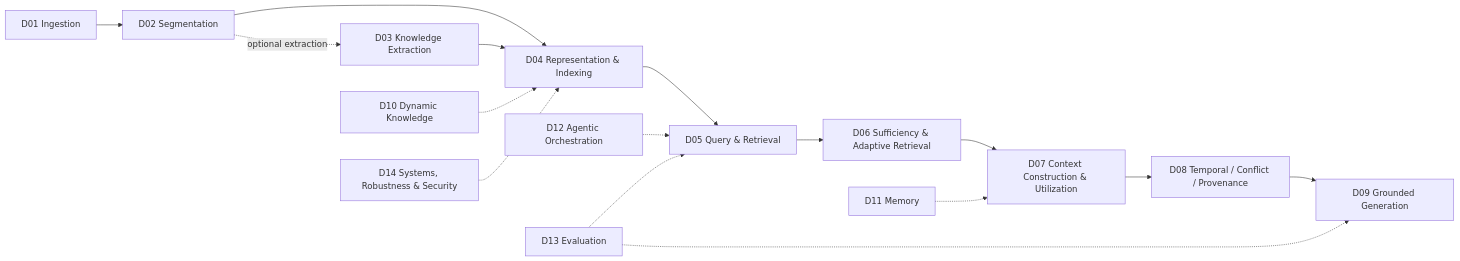
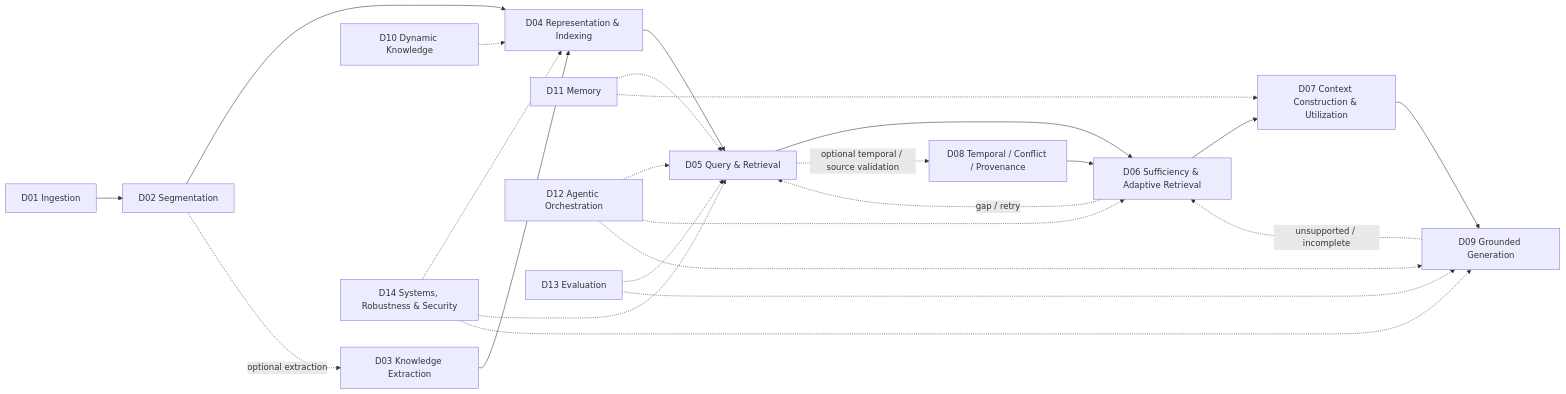
Before and after one commit to Cycl0n3-ga/RAG-survey: the diagram in README.md, drawn with Mermaid.

Commit message:
docs(taxonomy): align README flow with canonical optional paths

````diff
--- a/README.md
+++ b/README.md
@@ -20,19 +20,29 @@
 ```mermaid
 flowchart LR
     D01["D01 Ingestion"] --> D02["D02 Segmentation"]
     D02 --> D04["D04 Representation & Indexing"]
     D02 -. "optional extraction" .-> D03["D03 Knowledge Extraction"]
     D03 --> D04
+
     D04 --> D05["D05 Query & Retrieval"]
     D05 --> D06["D06 Sufficiency & Adaptive Retrieval"]
+    D05 -. "optional temporal / source validation" .-> D08["D08 Temporal / Conflict / Provenance"]
+    D08 --> D06
+
     D06 --> D07["D07 Context Construction & Utilization"]
-    D07 --> D08["D08 Temporal / Conflict / Provenance"]
-    D08 --> D09["D09 Grounded Generation"]
+    D07 --> D09["D09 Grounded Generation"]
+    D06 -. "gap / retry" .-> D05
+    D09 -. "unsupported / incomplete" .-> D06
 
     D10["D10 Dynamic Knowledge"] -.-> D04
-    D11["D11 Memory"] -.-> D07
+    D11["D11 Memory"] -.-> D05
+    D11 -.-> D07
     D12["D12 Agentic Orchestration"] -.-> D05
+    D12 -.-> D06
+    D12 -.-> D09
     D13["D13 Evaluation"] -.-> D05
     D13 -.-> D09
     D14["D14 Systems, Robustness & Security"] -.-> D04
+    D14 -.-> D05
+    D14 -.-> D09
 ```
````
